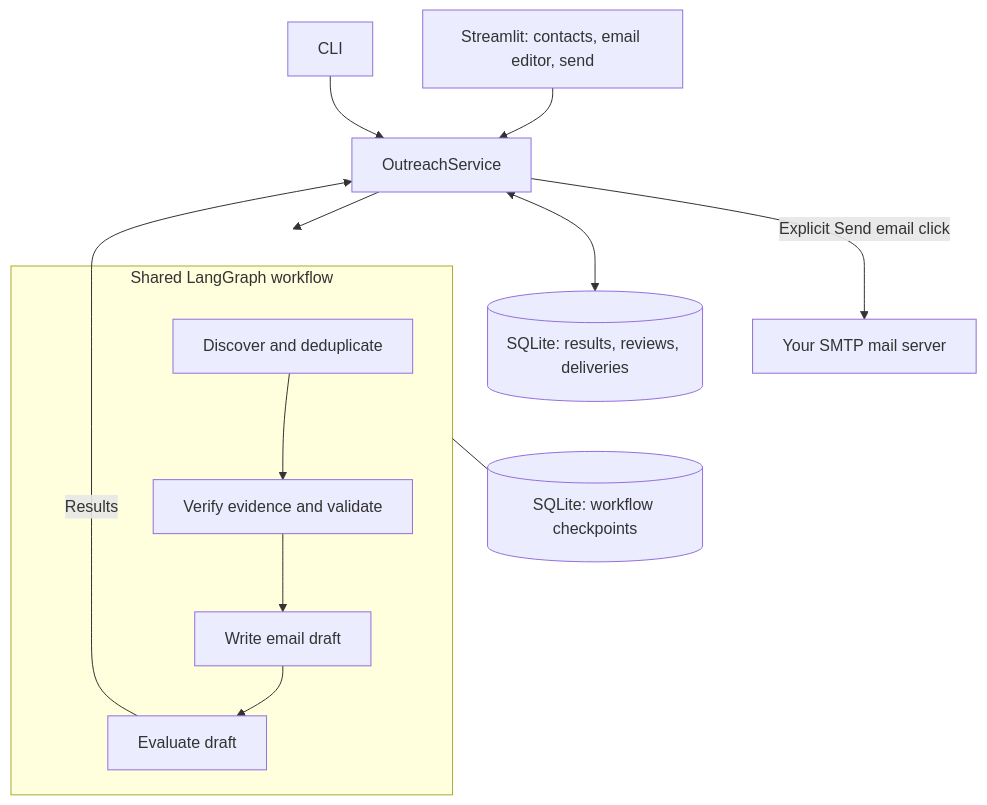
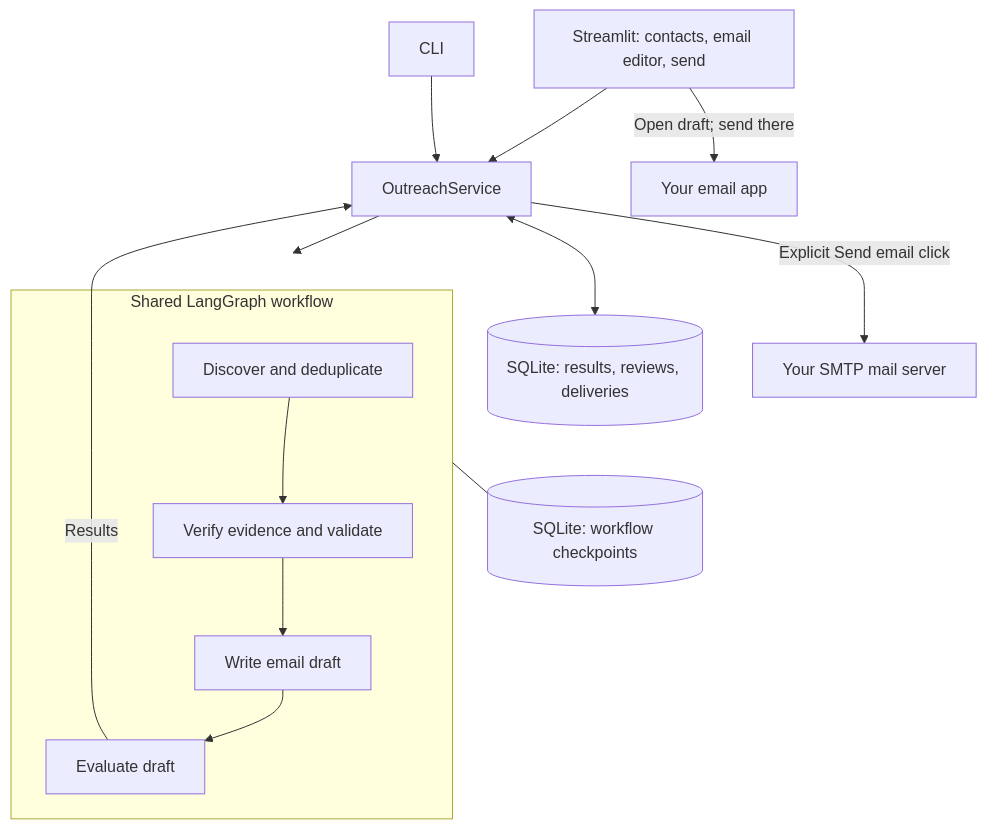
Before and after one commit to NikrrGit/NotaryOutreach: the diagram in README.md, drawn with Mermaid. The commit also changed other lines of this file, not shown here.

````diff
--- a/README.md
+++ b/README.md
@@ -140,15 +146,16 @@
 ```mermaid
 flowchart TD
     UI["Streamlit: contacts, email editor, send"] --> Service["OutreachService"]
+    UI -->|Open draft; send there| MailApp["Your email app"]
     CLI["CLI"] --> Service
     Service --> Workflow
     subgraph Workflow["Shared LangGraph workflow"]
         Discover["Discover and deduplicate"] --> Verify["Verify evidence and validate"]
         Verify --> Write["Write email draft"]
         Write --> Evaluate["Evaluate draft"]
     end
     Evaluate -->|Results| Service
     Service <--> Data[("SQLite: results, reviews, deliveries")]
     Service -->|Explicit Send email click| SMTP["Your SMTP mail server"]
     Workflow --- Checkpoints[("SQLite: workflow checkpoints")]
 ```
````
